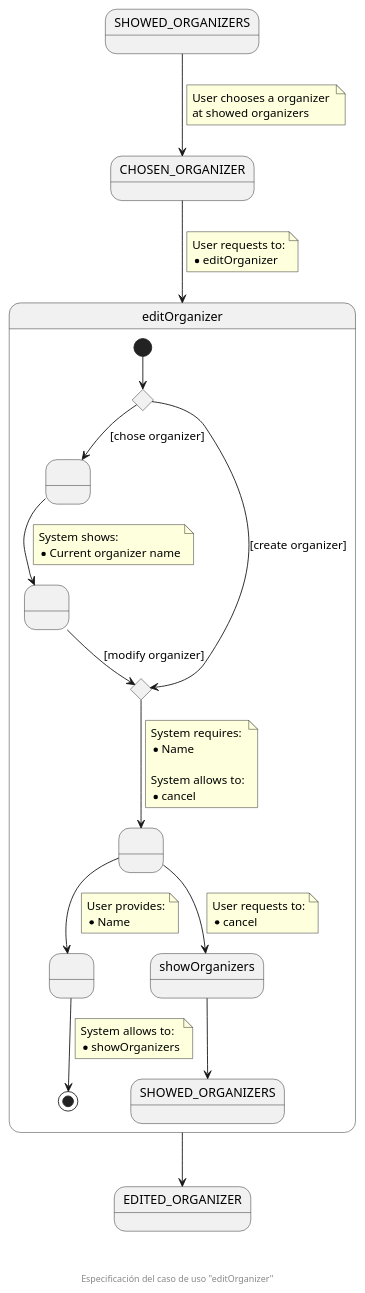
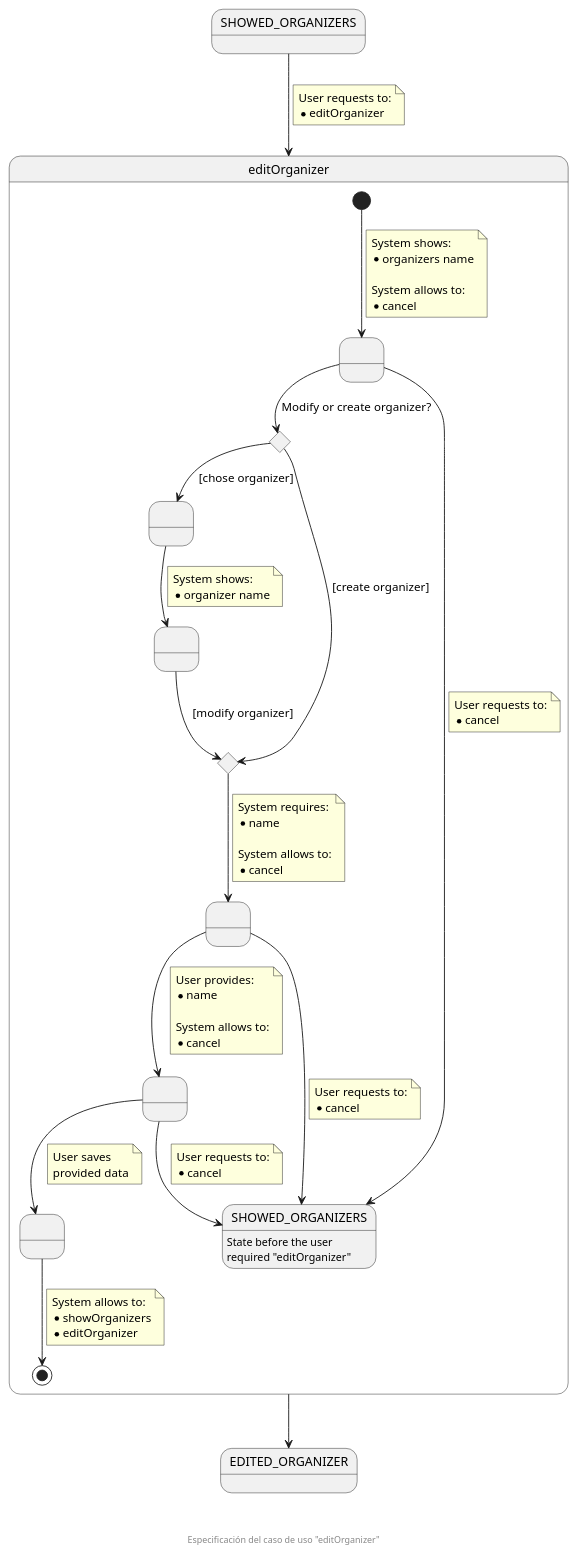
Before and after one commit to zuldare/mastercloud_pfm_halterocms: the diagram in documentation/diagrams/1_requirements/3_useCasesSpecification/organizationSecretary/09_editOrganizer.puml, drawn with PlantUML.

Commit message:
Improve editOrganizer use case specification

```diff
--- a/documentation/diagrams/1_requirements/3_useCasesSpecification/organizationSecretary/09_editOrganizer.puml
+++ b/documentation/diagrams/1_requirements/3_useCasesSpecification/organizationSecretary/09_editOrganizer.puml
@@ -1,64 +1,91 @@
 @startuml
 state SHOWED_ORGANIZERS
-state CHOSEN_ORGANIZER
 state editOrganizer {
+  state " " as SHOWED_ORGANIZERS_TO_BE_EDITED
   state createOrModifyCHC <<choice>>
   state " " as providedOrganizer
   state " " as showedData
   state createOrModifyCHC2 <<choice>>
   state " " as pendingData
   state " " as providedData
-  [*] --> createOrModifyCHC
+  state " " as savedData
+  [*] --> SHOWED_ORGANIZERS_TO_BE_EDITED
+  note on link
+    System shows:
+    * organizers name
+
+    System allows to:
+    * cancel
+  end note
+
+  SHOWED_ORGANIZERS_TO_BE_EDITED --> createOrModifyCHC : Modify or create organizer?
+
+  SHOWED_ORGANIZERS_TO_BE_EDITED --> SHOWED_ORGANIZERS_F
+  note on link
+    User requests to:
+    * cancel
+  end note
+
   createOrModifyCHC --> providedOrganizer : [chose organizer]
   createOrModifyCHC --> createOrModifyCHC2 : [create organizer]
   providedOrganizer --> showedData
   note on link
     System shows:
-    * Current organizer name
+    * organizer name
   end note
   showedData --> createOrModifyCHC2 : [modify organizer]
   createOrModifyCHC2 --> pendingData
   note on link
     System requires:
-    * Name
+    * name
 
     System allows to:
     * cancel
   end note
-  pendingData --> showOrganizers
+  pendingData --> SHOWED_ORGANIZERS_F
   note on link
     User requests to:
     * cancel
   end note
-  showOrganizers --> SHOWED_ORGANIZERS_F
-  pendingData --> providedData 
+
+  pendingData --> providedData
   note on link
     User provides:
-    * Name
+    * name
+
+    System allows to:
+    * cancel
   end note
-  providedData --> [*]
+
+  providedData --> savedData
+  note on link
+    User saves 
+    provided data
+  end note
+
+  providedData --> SHOWED_ORGANIZERS_F
+  note on link
+    User requests to:
+    * cancel
+  end note
+
+  savedData --> [*]
   note on link
     System allows to:
     * showOrganizers
+    * editOrganizer
   end note
 }
 state EDITED_ORGANIZER
-state showOrganizers
-state "SHOWED_ORGANIZERS" as SHOWED_ORGANIZERS_F
+state "SHOWED_ORGANIZERS" as SHOWED_ORGANIZERS_F : State before the user\nrequired "editOrganizer"
 
-SHOWED_ORGANIZERS --> CHOSEN_ORGANIZER
-note on link
-  User chooses a organizer 
-  at showed organizers
-end note
-
-CHOSEN_ORGANIZER --> editOrganizer
+SHOWED_ORGANIZERS --> editOrganizer
 note on link
   User requests to:
   * editOrganizer
 end note
 
 editOrganizer --> EDITED_ORGANIZER
 
 footer \n\n\n Especificación del caso de uso "editOrganizer"
 @enduml
```
